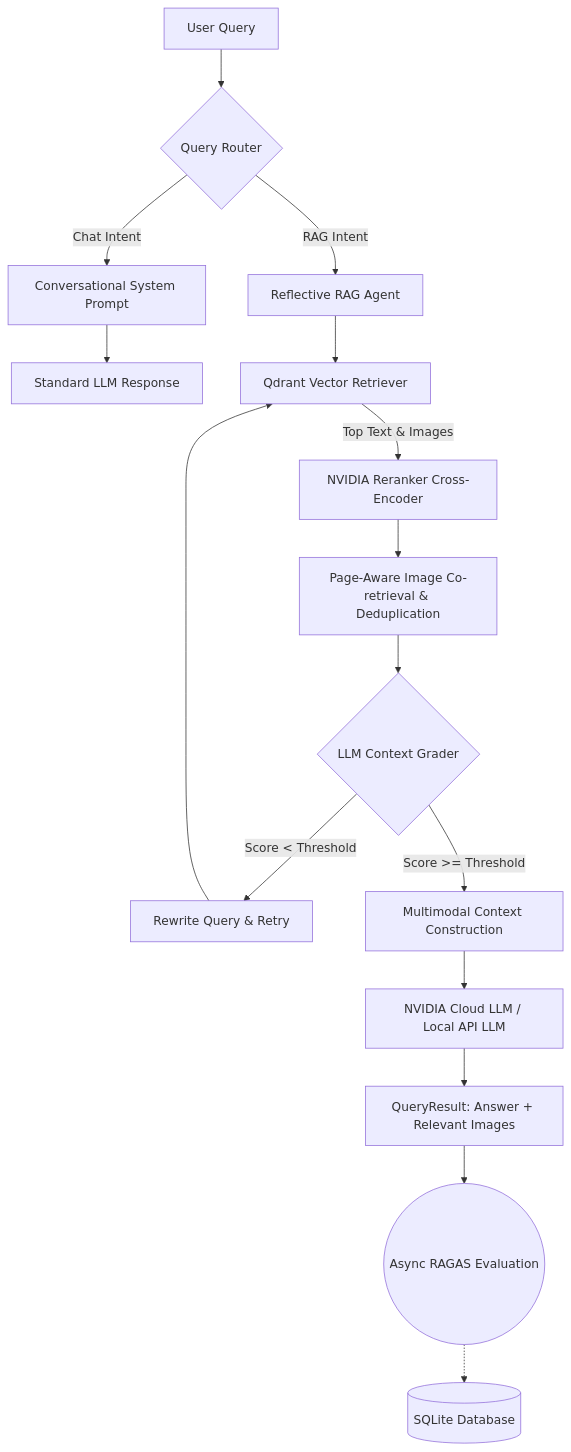
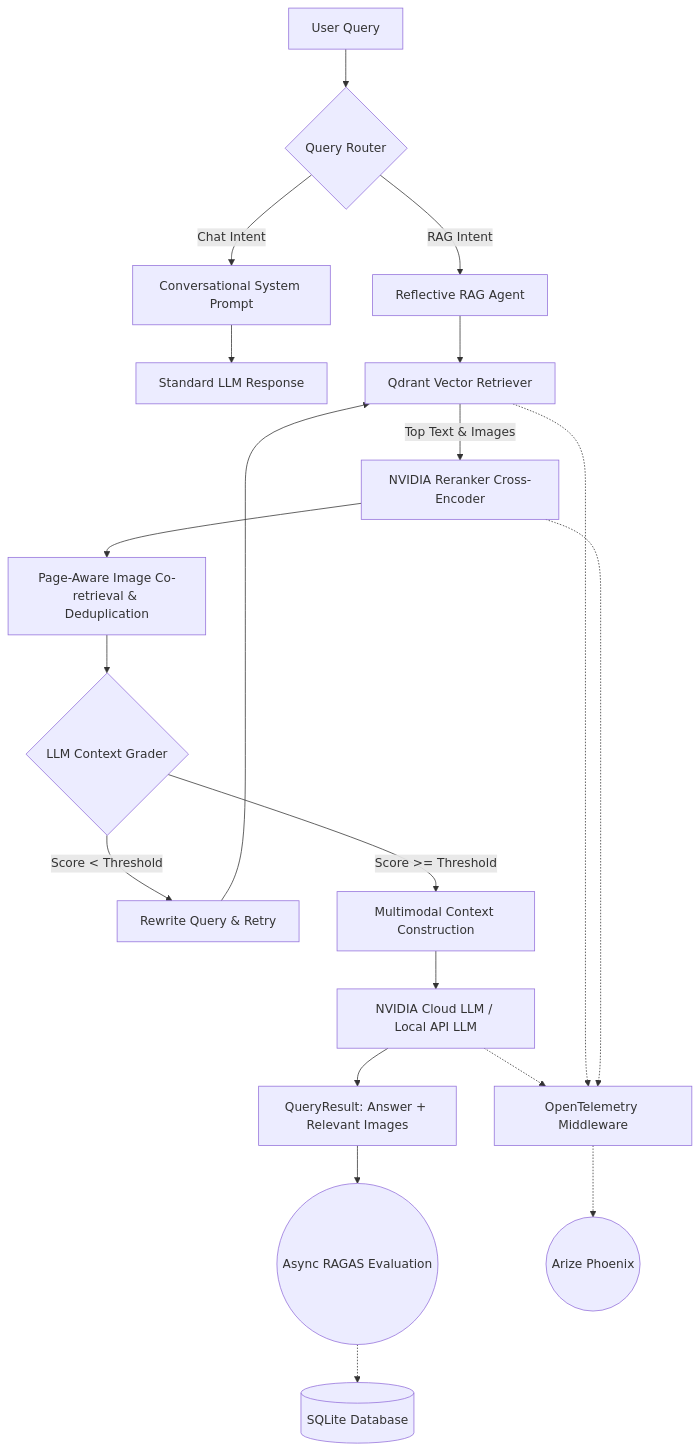
Before and after one commit to darpansanghani/multimodel_rag: the diagram in README.md, drawn with Mermaid. The commit also changed other lines of this file and 12 other files, not shown here.

````diff
--- a/README.md
+++ b/README.md
@@ -29,23 +30,28 @@
 ```mermaid
 graph TD
     A[User Query] --> B{Query Router}
     
     B -->|Chat Intent| C[Conversational System Prompt]
     C --> D[Standard LLM Response]
     
     B -->|RAG Intent| E[Reflective RAG Agent]
     E --> F[Qdrant Vector Retriever]
     
     F -->|Top Text & Images| G[NVIDIA Reranker Cross-Encoder]
     G --> H[Page-Aware Image Co-retrieval & Deduplication]
     
     H --> I{LLM Context Grader}
     I -->|Score < Threshold| J[Rewrite Query & Retry]
     J --> F
     
     I -->|Score >= Threshold| K[Multimodal Context Construction]
     K --> L[NVIDIA Cloud LLM / Local API LLM]
     L --> M[QueryResult: Answer + Relevant Images]
     M --> N((Async RAGAS Evaluation))
     N -.-> O[(SQLite Database)]
+    
+    P[OpenTelemetry Middleware] -.-> Q((Arize Phoenix))
+    L -.-> P
+    F -.-> P
+    G -.-> P
 ```
````
